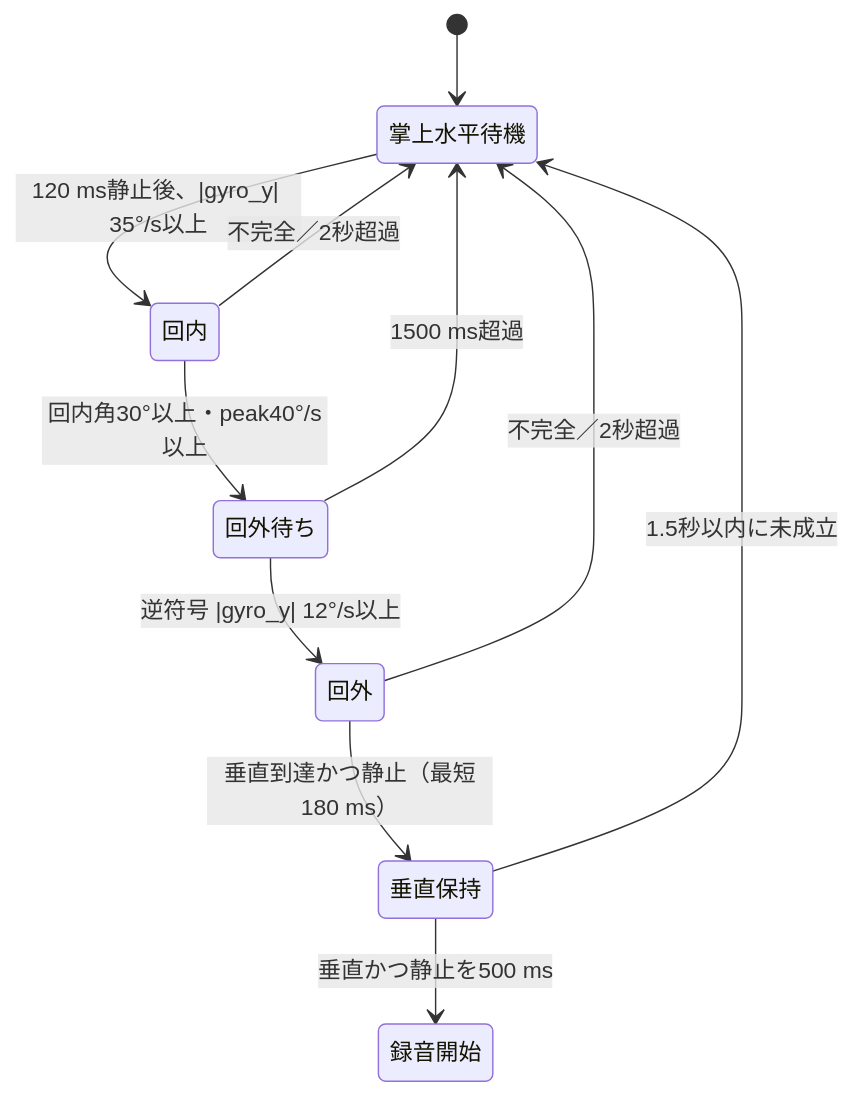
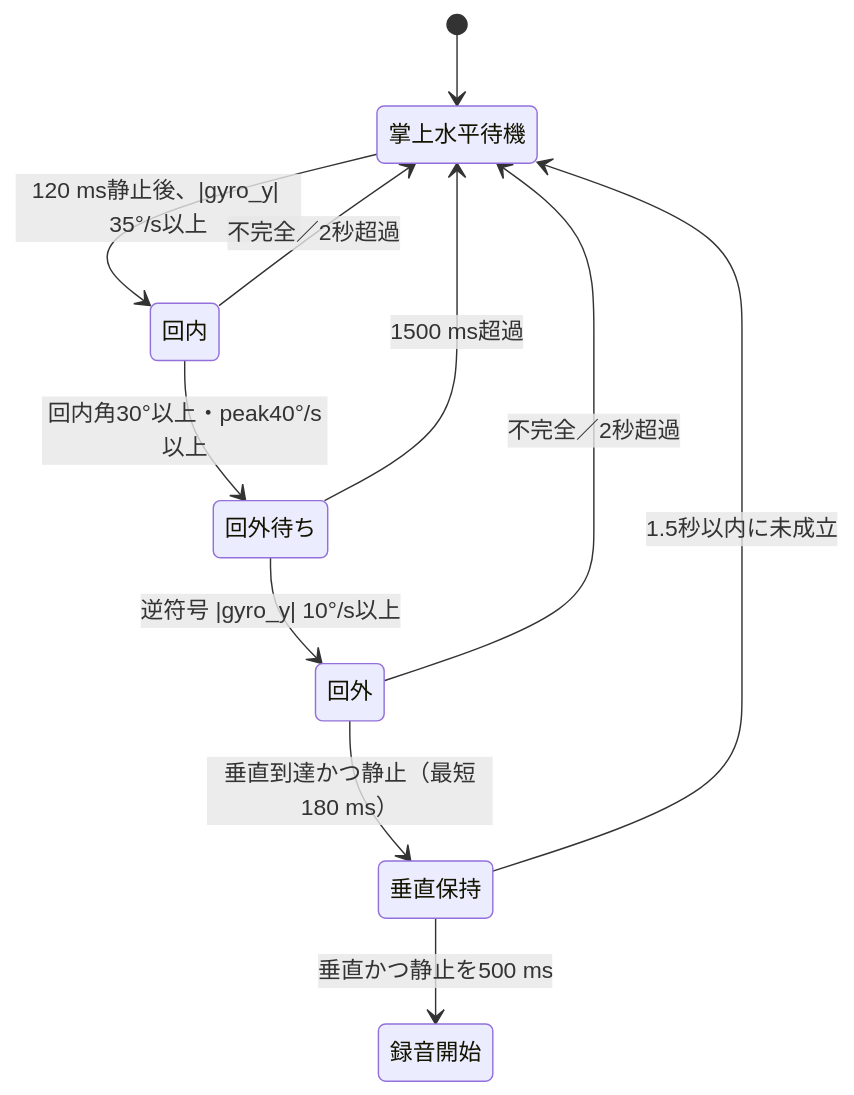
The diagram in docs/flex_pronation_gesture.md (g150446/harness-node), drawn with Mermaid before and after one commit. The commit also changed other lines of this file and 6 other files, not shown here.

````diff
--- a/docs/flex_pronation_gesture.md
+++ b/docs/flex_pronation_gesture.md
@@ -55,13 +55,13 @@
 ```mermaid
 stateDiagram-v2
     [*] --> 掌上水平待機
     掌上水平待機 --> 回内: 120 ms静止後、|gyro_y| 35°/s以上
     回内 --> 回外待ち: 回内角30°以上・peak40°/s以上
     回内 --> 掌上水平待機: 不完全／2秒超過
-    回外待ち --> 回外: 逆符号 |gyro_y| 12°/s以上
+    回外待ち --> 回外: 逆符号 |gyro_y| 10°/s以上
     回外待ち --> 掌上水平待機: 1500 ms超過
     回外 --> 垂直保持: 垂直到達かつ静止（最短180 ms）
     回外 --> 掌上水平待機: 不完全／2秒超過
     垂直保持 --> 録音開始: 垂直かつ静止を500 ms
     垂直保持 --> 掌上水平待機: 1.5秒以内に未成立
 ```
````
